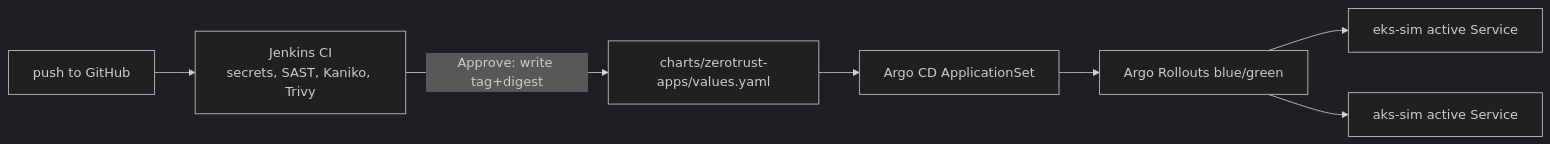
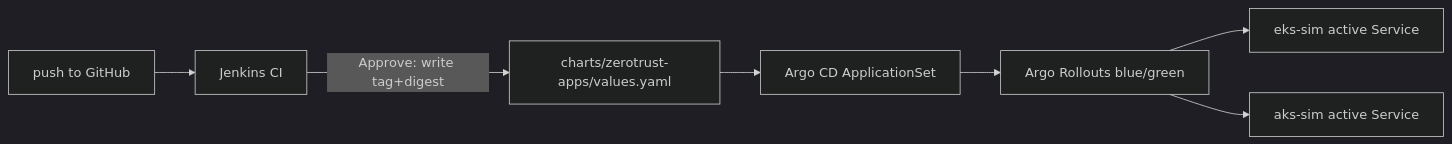
Before and after one commit to hanumanthvendra/k8s-multicluster-zerotrust: the second of 2 diagrams in README.md, drawn with Mermaid (dark theme). The commit also changed other lines of this file and 1 other file, not shown here.

First line of the commit message:
Name Jenkins stages after what they actually do.

````diff
--- a/README.md
+++ b/README.md
@@ -85,9 +85,9 @@
 ```mermaid
 flowchart LR
-  DEV["push to GitHub"] --> J["Jenkins CI<br/>secrets, SAST, Kaniko, Trivy"]
+  DEV["push to GitHub"] --> J["Jenkins CI"]
   J -->|"Approve: write tag+digest"| GH["charts/zerotrust-apps/values.yaml"]
   GH --> A["Argo CD ApplicationSet"]
   A --> R["Argo Rollouts blue/green"]
   R --> EKS["eks-sim active Service"]
   R --> AKS["aks-sim active Service"]
 ```
````
